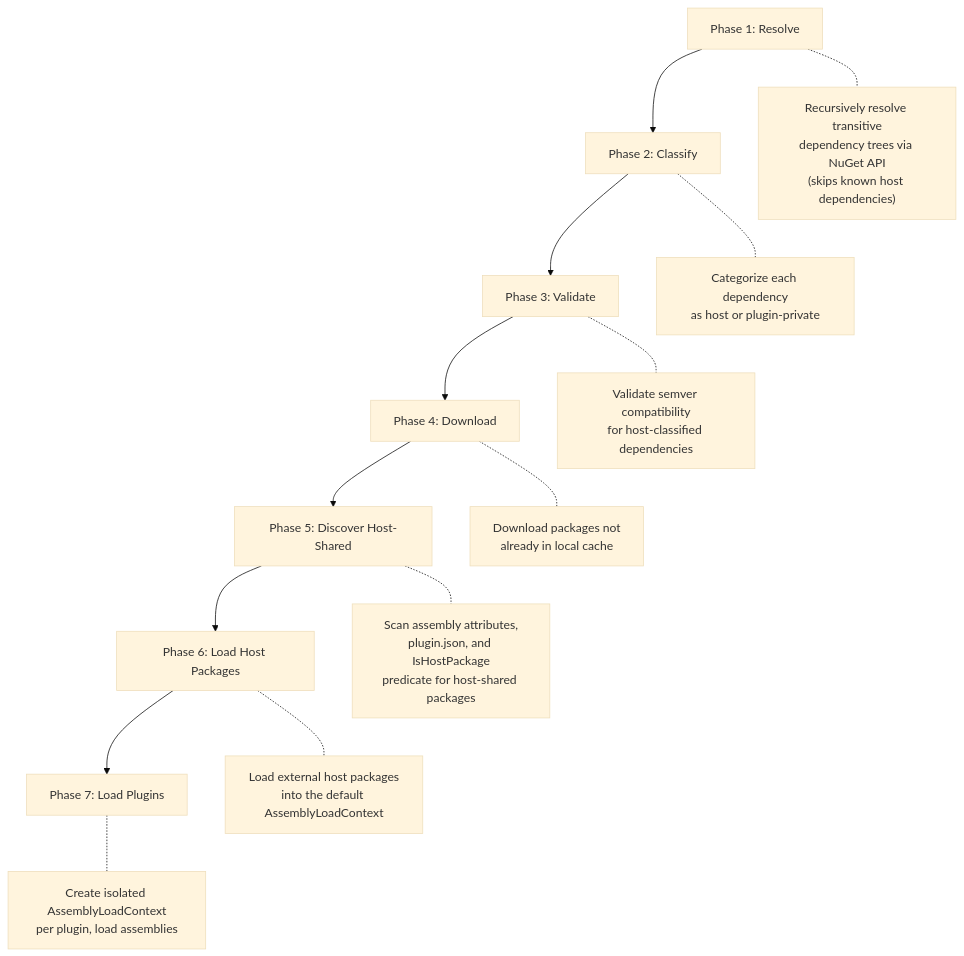
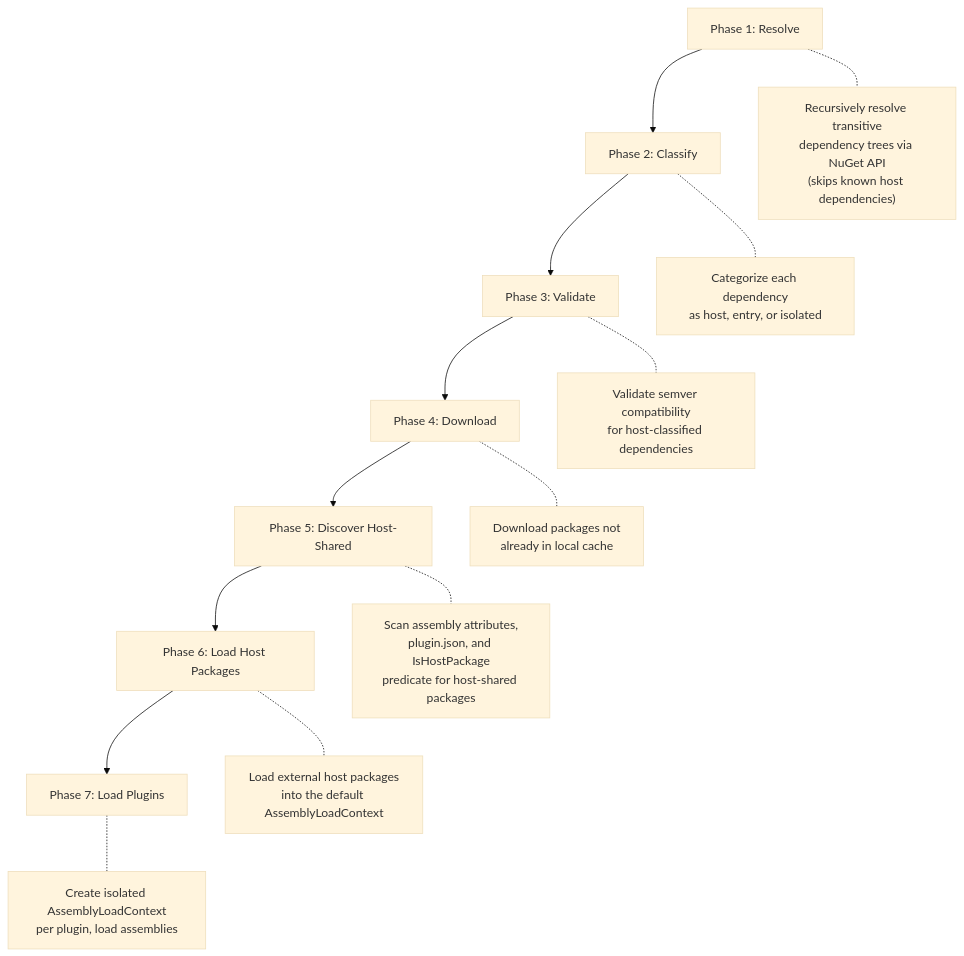
Before and after one commit to RicoSuter/Namotion.Interceptor: the first of 2 diagrams in src/HomeBlaze/Namotion.NuGet.Plugins/README.md, drawn with Mermaid (base theme). The commit also changed other lines of this file and 32 other files, not shown here.

````diff
--- a/src/HomeBlaze/Namotion.NuGet.Plugins/README.md
+++ b/src/HomeBlaze/Namotion.NuGet.Plugins/README.md
@@ -100,17 +100,17 @@
 ```mermaid
 flowchart TD
     A["Phase 1: Resolve"] --> B["Phase 2: Classify"]
     B --> C["Phase 3: Validate"]
     C --> D["Phase 4: Download"]
     D --> D2["Phase 5: Discover Host-Shared"]
     D2 --> E["Phase 6: Load Host Packages"]
     E --> F["Phase 7: Load Plugins"]
 
     A -.- A1["Recursively resolve transitive\ndependency trees via NuGet API\n(skips known host dependencies)"]
-    B -.- B1["Categorize each dependency\nas host or plugin-private"]
+    B -.- B1["Categorize each dependency\nas host, entry, or isolated"]
     C -.- C1["Validate semver compatibility\nfor host-classified dependencies"]
     D -.- D1["Download packages not\nalready in local cache"]
     D2 -.- D2a["Scan assembly attributes,\nplugin.json, and IsHostPackage\npredicate for host-shared packages"]
     E -.- E1["Load external host packages\ninto the default AssemblyLoadContext"]
     F -.- F1["Create isolated AssemblyLoadContext\nper plugin, load assemblies"]
 ```
````
